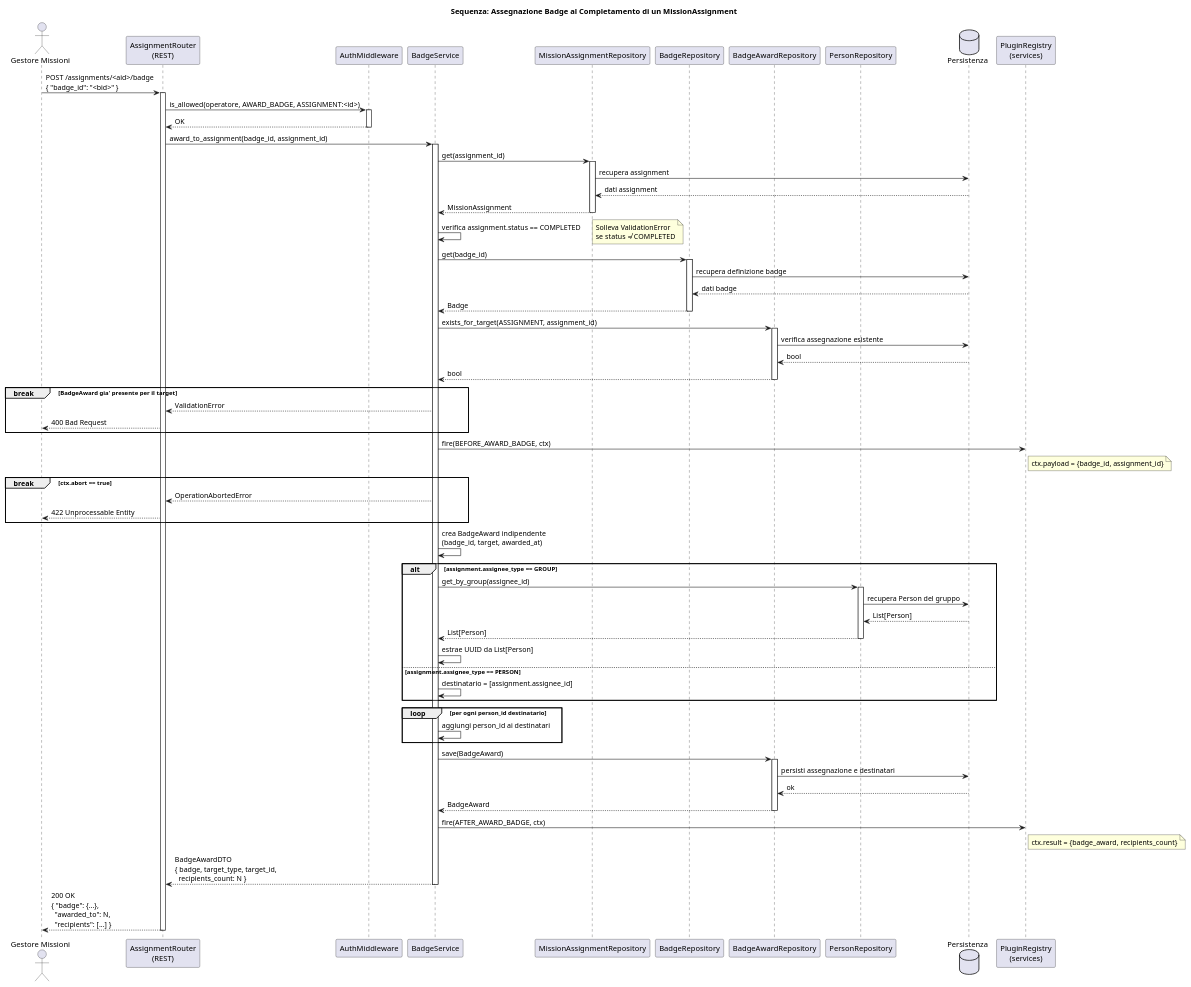
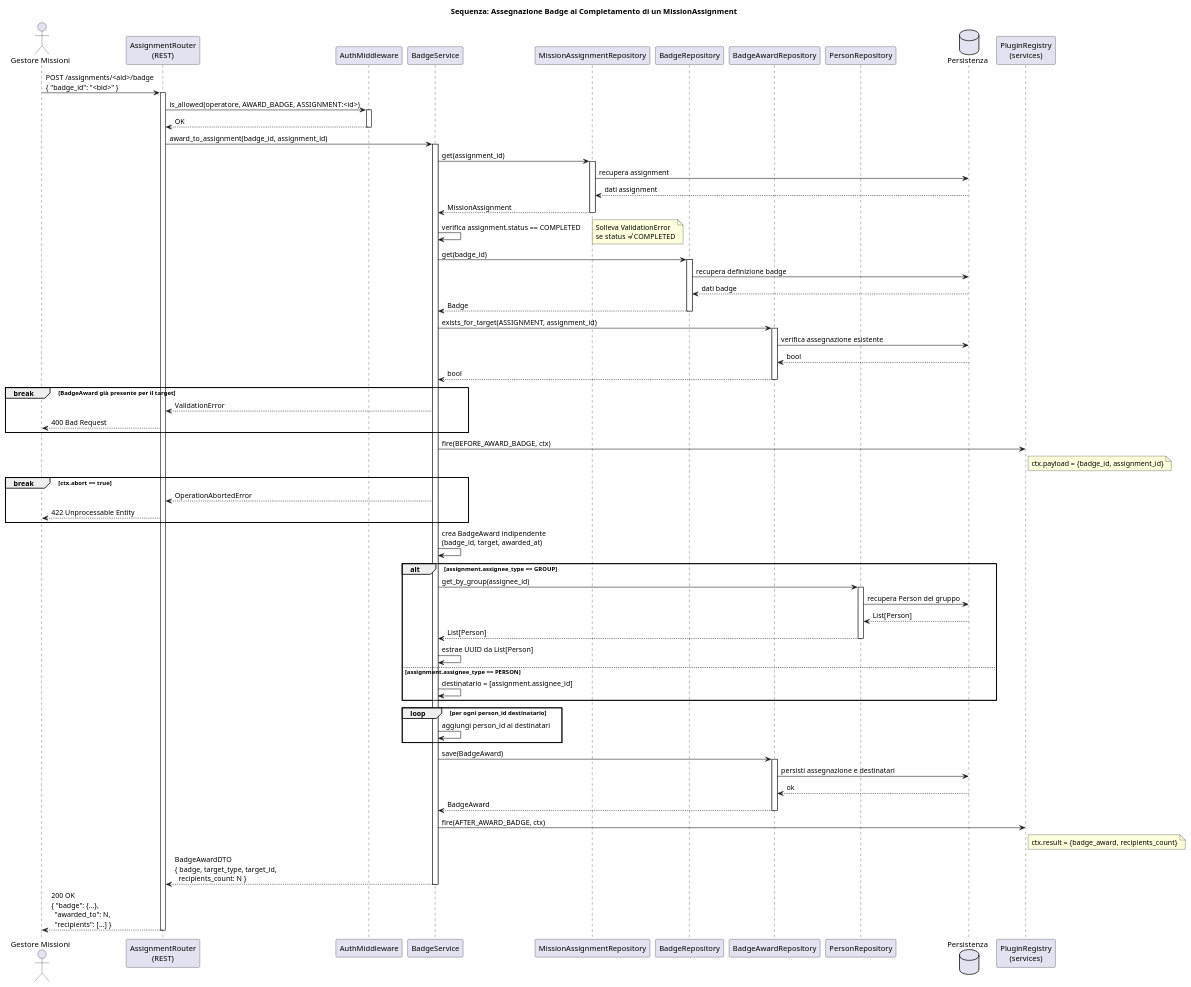
Before and after one commit to antlampas/MissionManager: the diagram in design/diagrams/sequence/seq_badge_completamento.puml, drawn with PlantUML. The commit also changed 13 other files, not shown here.

Commit message:
docs: corretti testi e diagrammi UML

```diff
--- a/design/diagrams/sequence/seq_badge_completamento.puml
+++ b/design/diagrams/sequence/seq_badge_completamento.puml
@@ -1,98 +1,98 @@
 @startuml seq_badge_completamento
 ' SPDX-License-Identifier: CC-BY-SA-4.0
 title Sequenza: Assegnazione Badge al Completamento di un MissionAssignment
 
 actor "Gestore Missioni" as GM
 participant "AssignmentRouter\n(REST)" as Router
 participant "AuthMiddleware" as Auth
 participant "BadgeService" as BS
 participant "MissionAssignmentRepository" as AR
 participant "BadgeRepository" as BR
 participant "BadgeAwardRepository" as BAR
 participant "PersonRepository" as PRep
 database "Persistenza" as STORE
 participant "PluginRegistry\n(services)" as PR
 
 GM -> Router : POST /assignments/<aid>/badge\n{ "badge_id": "<bid>" }
 activate Router
 
 Router -> Auth : is_allowed(operatore, AWARD_BADGE, ASSIGNMENT:<id>)
 activate Auth
 Auth --> Router : OK
 deactivate Auth
 
 Router -> BS : award_to_assignment(badge_id, assignment_id)
 activate BS
 
 BS -> AR : get(assignment_id)
 activate AR
 AR -> STORE : recupera assignment
 STORE --> AR : dati assignment
 AR --> BS : MissionAssignment
 deactivate AR
 
 BS -> BS : verifica assignment.status == COMPLETED
 note right : Solleva ValidationError\nse status ≠ COMPLETED
 
 BS -> BR : get(badge_id)
 activate BR
 BR -> STORE : recupera definizione badge
 STORE --> BR : dati badge
 BR --> BS : Badge
 deactivate BR
 
 BS -> BAR : exists_for_target(ASSIGNMENT, assignment_id)
 activate BAR
 BAR -> STORE : verifica assegnazione esistente
 STORE --> BAR : bool
 BAR --> BS : bool
 deactivate BAR
 
-break BadgeAward gia' presente per il target
+break BadgeAward già presente per il target
   BS --> Router : ValidationError
   Router --> GM : 400 Bad Request
 end
 
 BS -> PR : fire(BEFORE_AWARD_BADGE, ctx)
 note right of PR : ctx.payload = {badge_id, assignment_id}
 
 break ctx.abort == true
   BS --> Router : OperationAbortedError
   Router --> GM : 422 Unprocessable Entity
 end
 
 BS -> BS : crea BadgeAward indipendente\n(badge_id, target, awarded_at)
 
 alt assignment.assignee_type == GROUP
   BS -> PRep : get_by_group(assignee_id)
   activate PRep
   PRep -> STORE : recupera Person del gruppo
   STORE --> PRep : List[Person]
   PRep --> BS : List[Person]
   deactivate PRep
   BS -> BS : estrae UUID da List[Person]
 else assignment.assignee_type == PERSON
   BS -> BS : destinatario = [assignment.assignee_id]
 end
 
 loop per ogni person_id destinatario
   BS -> BS : aggiungi person_id ai destinatari
 end
 
 BS -> BAR : save(BadgeAward)
 activate BAR
 BAR -> STORE : persisti assegnazione e destinatari
 STORE --> BAR : ok
 BAR --> BS : BadgeAward
 deactivate BAR
 
 BS -> PR : fire(AFTER_AWARD_BADGE, ctx)
 note right of PR : ctx.result = {badge_award, recipients_count}
 
 BS --> Router : BadgeAwardDTO\n{ badge, target_type, target_id,\n  recipients_count: N }
 deactivate BS
 
 Router --> GM : 200 OK\n{ "badge": {...},\n  "awarded_to": N,\n  "recipients": [...] }
 deactivate Router
 
 @enduml
```
